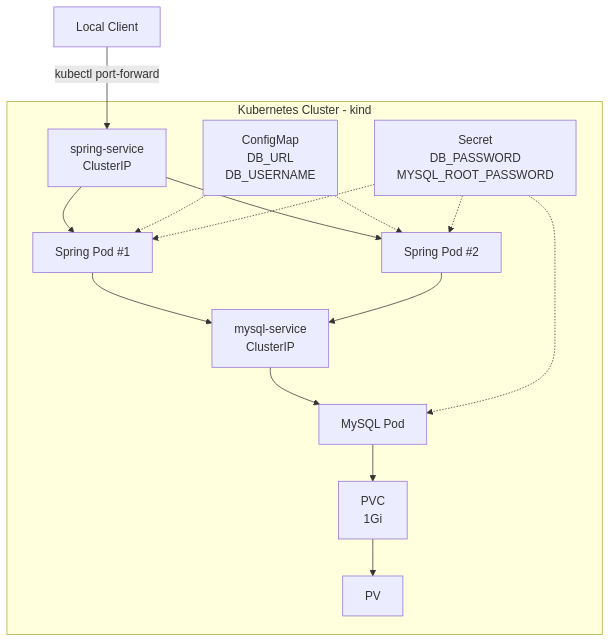
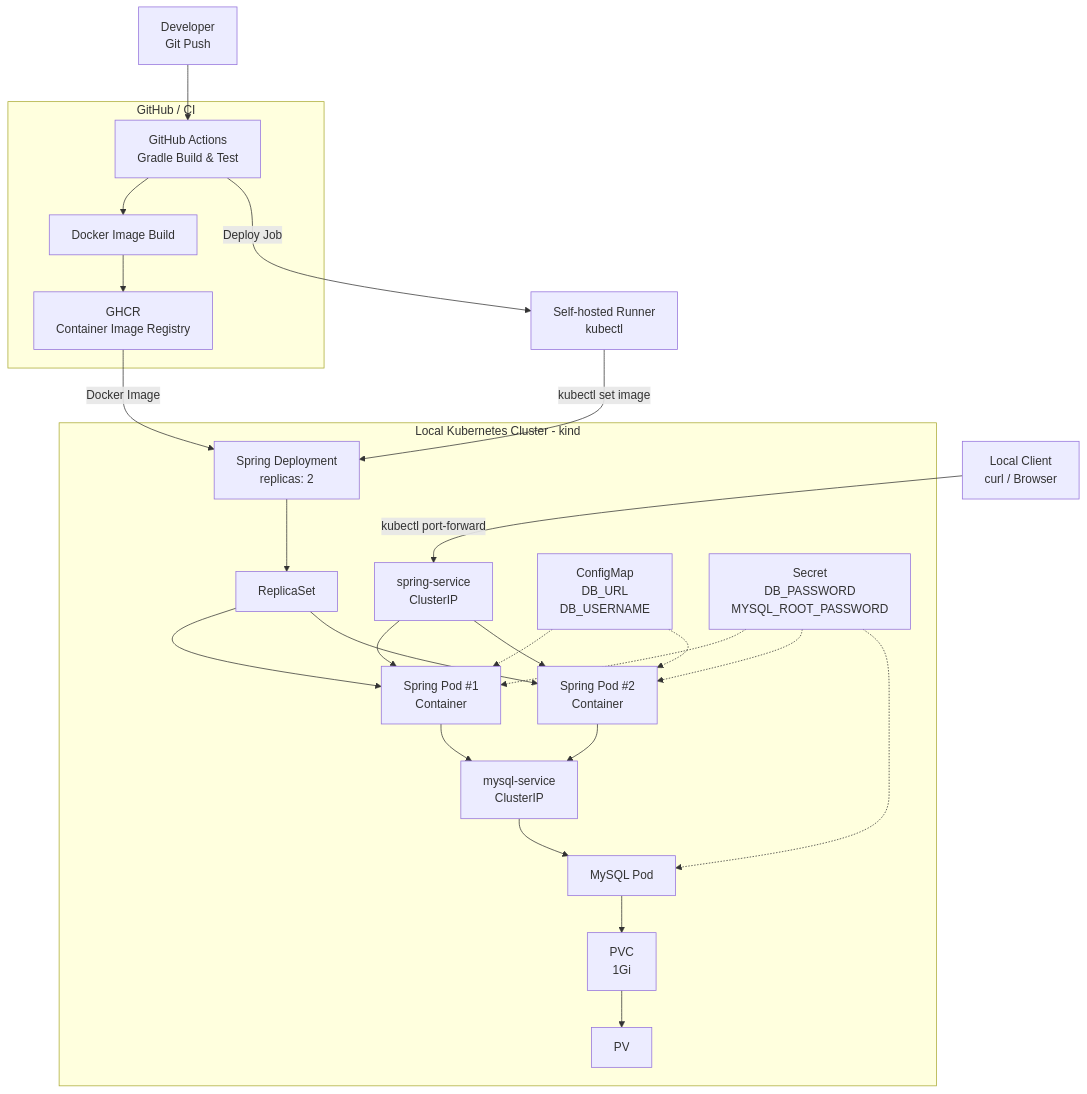
Before and after one commit to nageune123/k8s-spring-portfolio: the diagram in README.md, drawn with Mermaid. The commit also changed other lines of this file, not shown here.

Commit message:
Update architecture with CI/CD pipeline

````diff
--- a/README.md
+++ b/README.md
@@ -8,24 +13,61 @@
 ```mermaid
-flowchart TD
-    Client["Local Client"] -->|"kubectl port-forward"| SpringService["spring-service<br/>ClusterIP"]
+flowchart TB
 
-    subgraph Cluster["Kubernetes Cluster - kind"]
-        SpringService --> Spring1["Spring Pod #1"]
-        SpringService --> Spring2["Spring Pod #2"]
+    DEV["Developer<br/>Git Push"]
 
-        Spring1 --> MySQLService["mysql-service<br/>ClusterIP"]
-        Spring2 --> MySQLService
+    subgraph GITHUB["GitHub / CI"]
+        ACTIONS["GitHub Actions<br/>Gradle Build & Test"]
+        BUILD["Docker Image Build"]
+        GHCR["GHCR<br/>Container Image Registry"]
 
-        MySQLService --> MySQL["MySQL Pod"]
+        ACTIONS --> BUILD
+        BUILD --> GHCR
+    end
 
-        MySQL --> PVC["PVC<br/>1Gi"]
-        PVC --> PV["PV"]
+    RUNNER["Self-hosted Runner<br/>kubectl"]
 
-        ConfigMap["ConfigMap<br/>DB_URL<br/>DB_USERNAME"] -.-> Spring1
-        ConfigMap -.-> Spring2
+    subgraph K8S["Local Kubernetes Cluster - kind"]
+        DEPLOY["Spring Deployment<br/>replicas: 2"]
+        RS["ReplicaSet"]
+        SERVICE["spring-service<br/>ClusterIP"]
+        POD1["Spring Pod #1<br/>Container"]
+        POD2["Spring Pod #2<br/>Container"]
 
-        Secret["Secret<br/>DB_PASSWORD<br/>MYSQL_ROOT_PASSWORD"] -.-> Spring1
-        Secret -.-> Spring2
-        Secret -.-> MySQL
+        CONFIG["ConfigMap<br/>DB_URL<br/>DB_USERNAME"]
+        SECRET["Secret<br/>DB_PASSWORD<br/>MYSQL_ROOT_PASSWORD"]
+
+        MYSQL_SERVICE["mysql-service<br/>ClusterIP"]
+        MYSQL["MySQL Pod"]
+        PVC["PVC<br/>1Gi"]
+        PV["PV"]
+
+        DEPLOY --> RS
+        RS --> POD1
+        RS --> POD2
+
+        SERVICE --> POD1
+        SERVICE --> POD2
+
+        CONFIG -.-> POD1
+        CONFIG -.-> POD2
+        SECRET -.-> POD1
+        SECRET -.-> POD2
+        SECRET -.-> MYSQL
+
+        POD1 --> MYSQL_SERVICE
+        POD2 --> MYSQL_SERVICE
+        MYSQL_SERVICE --> MYSQL
+
+        MYSQL --> PVC
+        PVC --> PV
     end
+
+    CLIENT["Local Client<br/>curl / Browser"]
+
+    DEV --> ACTIONS
+    ACTIONS -->|"Deploy Job"| RUNNER
+    RUNNER -->|"kubectl set image"| DEPLOY
+    GHCR -->|"Docker Image"| DEPLOY
+
+    CLIENT -->|"kubectl port-forward"| SERVICE
 ```
````
